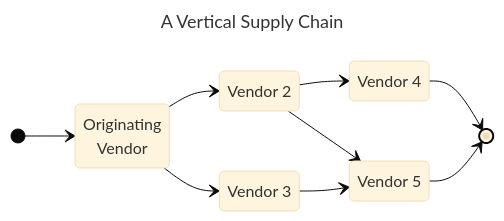
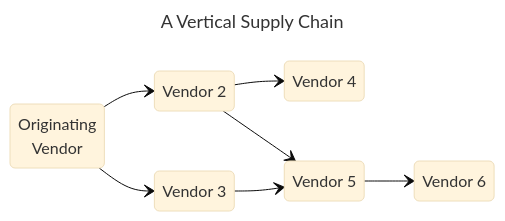
One commit to CERTCC/Vultron changed the first of 8 diagrams in docs/process_models/em/index.md. Above: the diagram before and after it, drawn with Mermaid (base theme). The commit also changed other lines of this file, not shown here.

Commit message:
remove todo and extend example diagram

````diff
--- a/docs/process_models/em/index.md
+++ b/docs/process_models/em/index.md
@@ -56,21 +35,20 @@
 ```mermaid
 ---
 title: A Vertical Supply Chain
 ---
 stateDiagram-v2
     direction LR
     v1: Originating<br/>Vendor
     v2: Vendor 2
     v3: Vendor 3
     v4: Vendor 4
     v5: Vendor 5
+    v6: Vendor 6
     
-    [*] --> v1
     v1 --> v2
     v1 --> v3
     v2 --> v4
     v3 --> v5
     v2 --> v5
-    v4 --> [*]
-    v5 --> [*]
+    v5 --> v6
 ```
````
